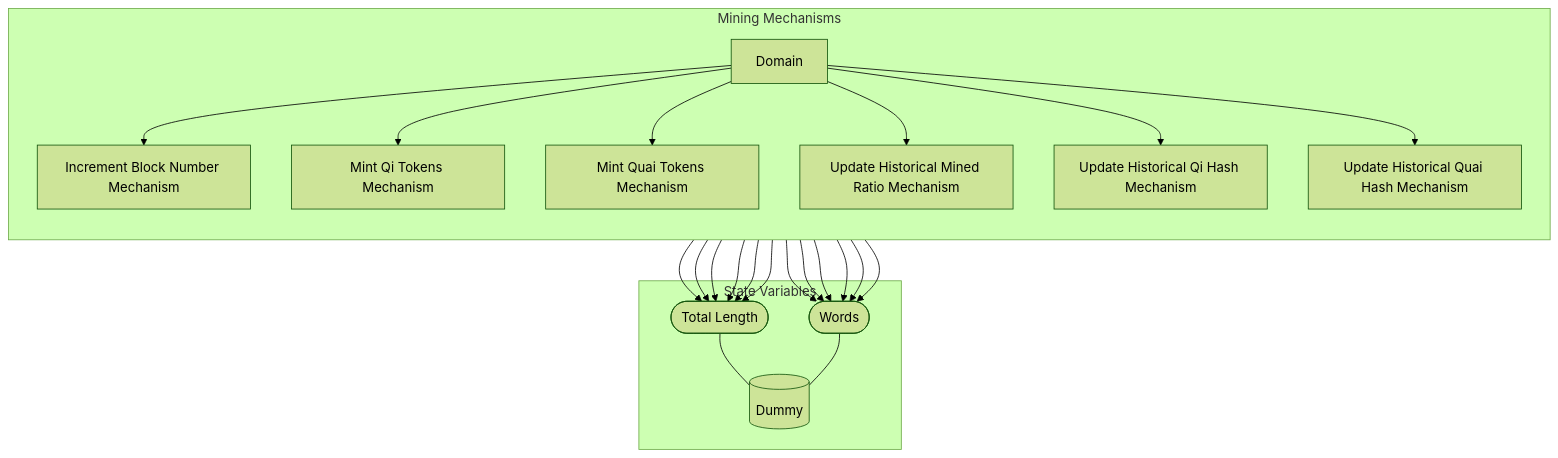
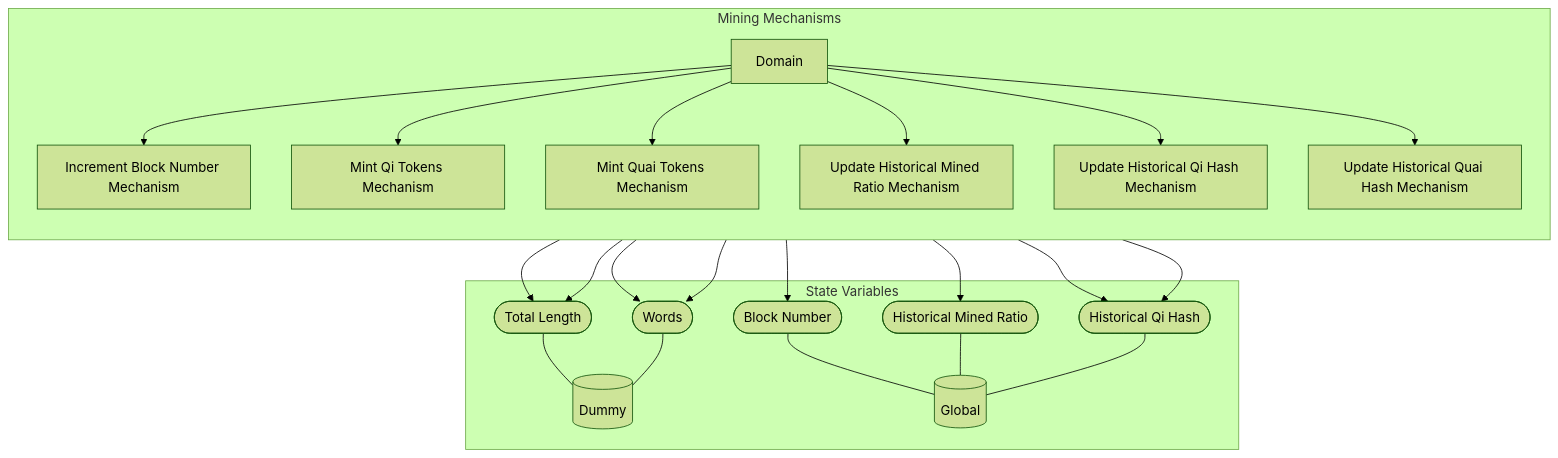
One commit to dominant-strategies/Quai-Macro-Model changed the diagram in Spec/obsidian/Wiring/Mining Mechanisms.md. Above: the diagram before and after it, drawn with Mermaid (forest theme). The commit also changed other lines of this file and 23 other files, not shown here.

````diff
--- a/Spec/obsidian/Wiring/Mining Mechanisms.md
+++ b/Spec/obsidian/Wiring/Mining Mechanisms.md
@@ -3,43 +3,46 @@
 ```mermaid
 graph TB
 
 subgraph SVS["State Variables"]
 EE0[("Dummy")]
+EE1[("Global")]
 EES0(["Total Length"])
 EES0 --- EE0
 EES1(["Words"])
 EES1 --- EE0
+EES2(["Block Number"])
+EES2 --- EE1
+EES3(["Historical Mined Ratio"])
+EES3 --- EE1
+EES4(["Historical Qi Hash"])
+EES4 --- EE1
 end
 
 subgraph X9["Mining Mechanisms"]
 direction TB
 X1["Increment Block Number Mechanism"]
-X1 --> EES1
-X1 --> EES0
+X1 --> EES2
 X2["Mint Qi Tokens Mechanism"]
 X2 --> EES1
 X2 --> EES0
 X3["Mint Quai Tokens Mechanism"]
 X3 --> EES1
 X3 --> EES0
 X4["Update Historical Mined Ratio Mechanism"]
-X4 --> EES1
-X4 --> EES0
+X4 --> EES3
 X5["Update Historical Qi Hash Mechanism"]
-X5 --> EES1
-X5 --> EES0
+X5 --> EES4
 X6["Update Historical Quai Hash Mechanism"]
-X6 --> EES1
-X6 --> EES0
+X6 --> EES4
 X7[Domain]
 
 direction LR
 direction TB
 X7 --> X1
 X7 --> X2
 X7 --> X3
 X7 --> X4
 X7 --> X5
 X7 --> X6
 end
 ```
````
